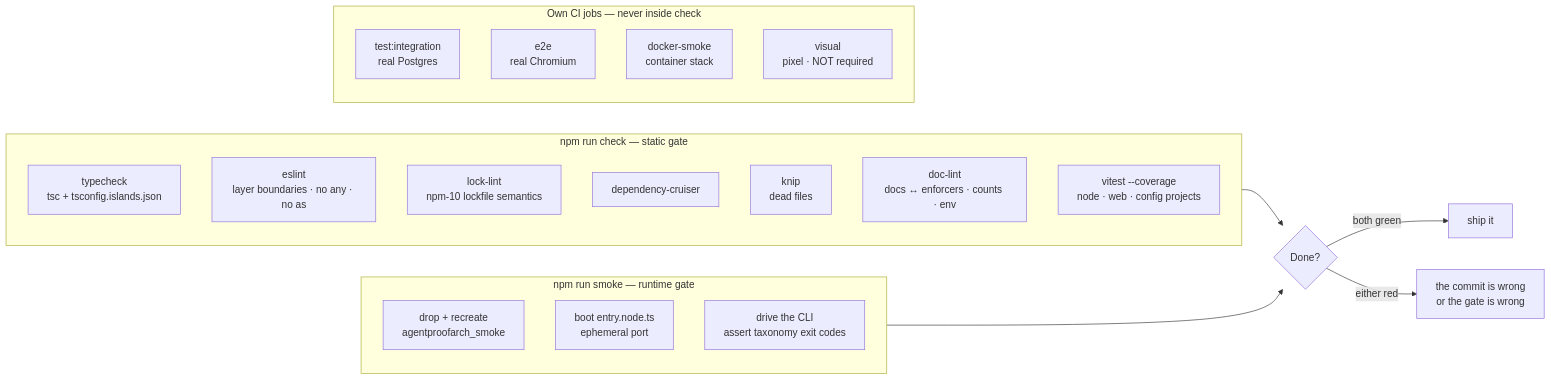
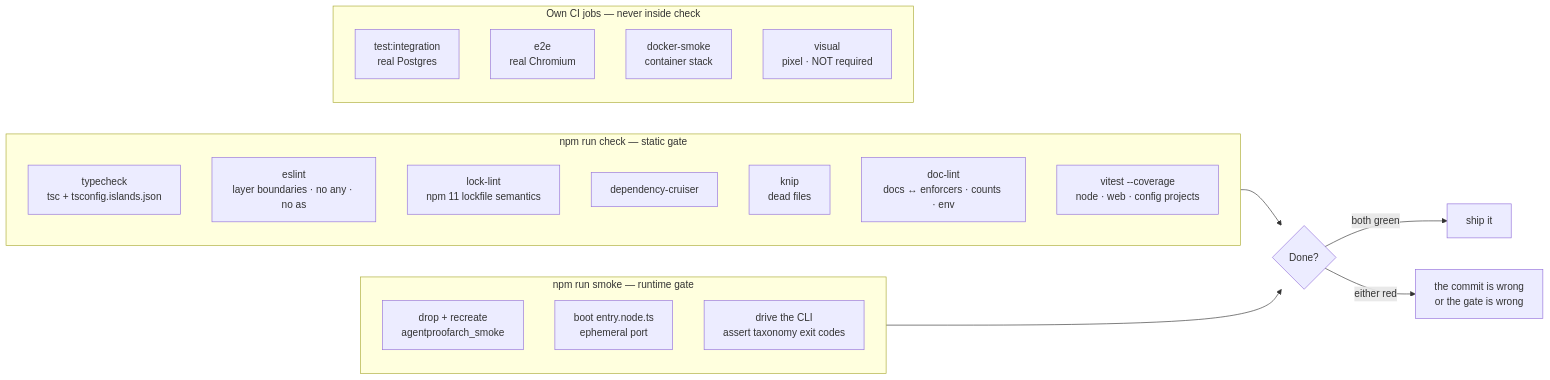
The diagram in website/docs/guides/testing-doctrine.md (chomamateusz/agentproofarch), drawn with Mermaid before and after one commit. The commit also changed 23 other files, not shown here.

````diff
--- a/website/docs/guides/testing-doctrine.md
+++ b/website/docs/guides/testing-doctrine.md
@@ -25,30 +25,30 @@
 ```mermaid
 flowchart LR
   subgraph static["npm run check — static gate"]
     tc["typecheck<br/>tsc + tsconfig.islands.json"]
     lint["eslint<br/>layer boundaries · no any · no as"]
-    lock["lock-lint<br/>npm-10 lockfile semantics"]
+    lock["lock-lint<br/>npm 11 lockfile semantics"]
     dc["dependency-cruiser"]
     knip["knip<br/>dead files"]
     dl["doc-lint<br/>docs ↔ enforcers · counts · env"]
     vt["vitest --coverage<br/>node · web · config projects"]
   end
 
   subgraph runtime["npm run smoke — runtime gate"]
     db["drop + recreate<br/>agentproofarch_smoke"]
     boot["boot entry.node.ts<br/>ephemeral port"]
     drive["drive the CLI<br/>assert taxonomy exit codes"]
   end
 
   subgraph separate["Own CI jobs — never inside check"]
     it["test:integration<br/>real Postgres"]
     e2e["e2e<br/>real Chromium"]
     ds["docker-smoke<br/>container stack"]
     vis["visual<br/>pixel · NOT required"]
   end
 
   static --> done{"Done?"}
   runtime --> done
   done -->|"both green"| shipIt["ship it"]
   done -->|"either red"| redGate["the commit is wrong<br/>or the gate is wrong"]
 ```
````
